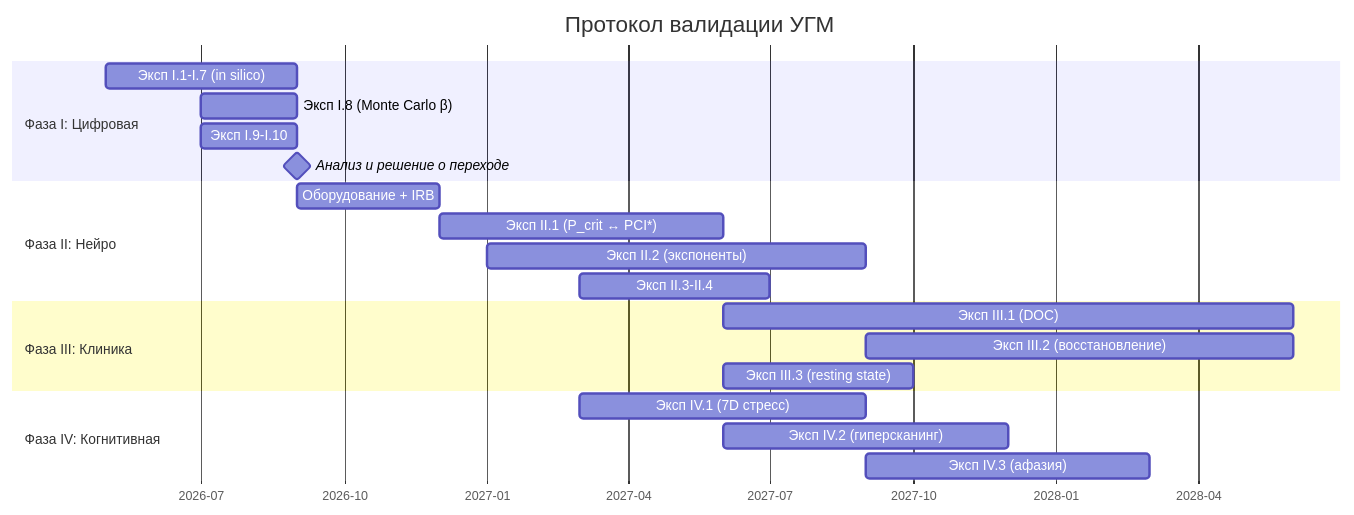
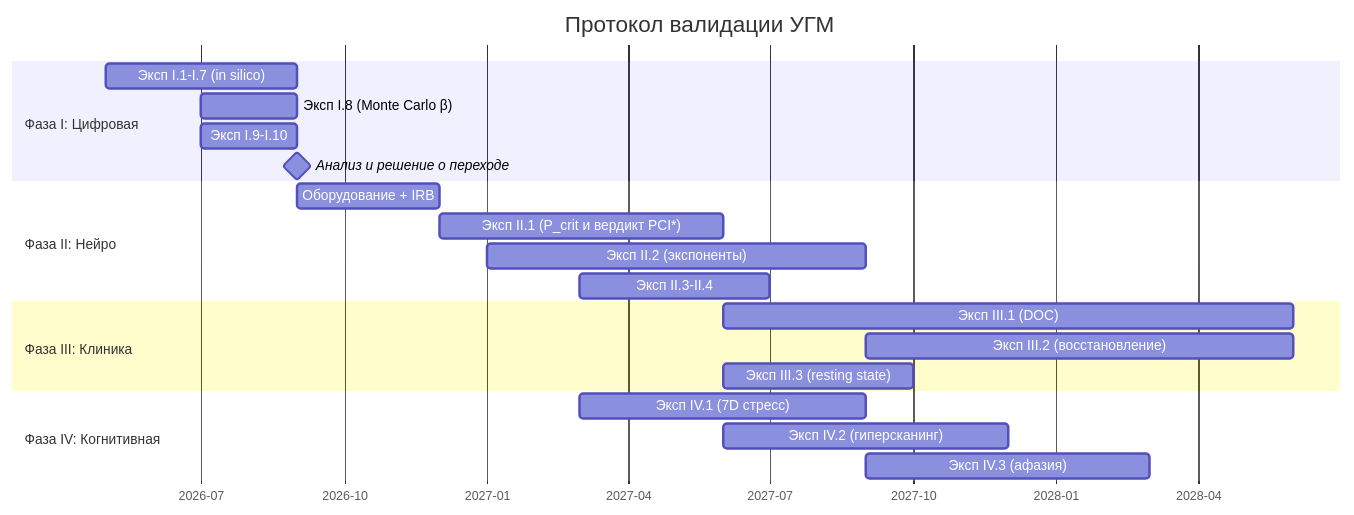
Before and after one commit to gst-st/uhm: the diagram in website/i18n/ru/docusaurus-plugin-content-docs/current/applied/research/experimental-protocol.md, drawn with Mermaid. The commit also changed other lines of this file and 35 other files, not shown here.

````diff
--- a/website/i18n/ru/docusaurus-plugin-content-docs/current/applied/research/experimental-protocol.md
+++ b/website/i18n/ru/docusaurus-plugin-content-docs/current/applied/research/experimental-protocol.md
@@ -582,28 +590,28 @@
 ```mermaid
 gantt
     title Протокол валидации УГМ
     dateFormat YYYY-MM
     axisFormat %Y-%m
 
     section Фаза I: Цифровая
     Эксп I.1-I.7 (in silico)    :i1, 2026-05, 4M
     Эксп I.8 (Monte Carlo β)    :i8, 2026-07, 2M
     Эксп I.9-I.10               :i9, 2026-07, 2M
     Анализ и решение о переходе  :milestone, m1, after i8, 0d
 
     section Фаза II: Нейро
     Оборудование + IRB           :ii0, 2026-09, 3M
-    Эксп II.1 (P_crit ↔ PCI*)   :ii1, 2026-12, 6M
+    Эксп II.1 (P_crit и вердикт PCI*) :ii1, 2026-12, 6M
     Эксп II.2 (экспоненты)      :ii2, 2027-01, 8M
     Эксп II.3-II.4              :ii3, 2027-03, 4M
 
     section Фаза III: Клиника
     Эксп III.1 (DOC)             :iii1, 2027-06, 12M
     Эксп III.2 (восстановление) :iii2, 2027-09, 9M
     Эксп III.3 (resting state)  :iii3, 2027-06, 4M
 
     section Фаза IV: Когнитивная
     Эксп IV.1 (7D стресс)       :iv1, 2027-03, 6M
     Эксп IV.2 (гиперсканинг)    :iv2, 2027-06, 6M
     Эксп IV.3 (афазия)          :iv3, 2027-09, 6M
 ```
````
